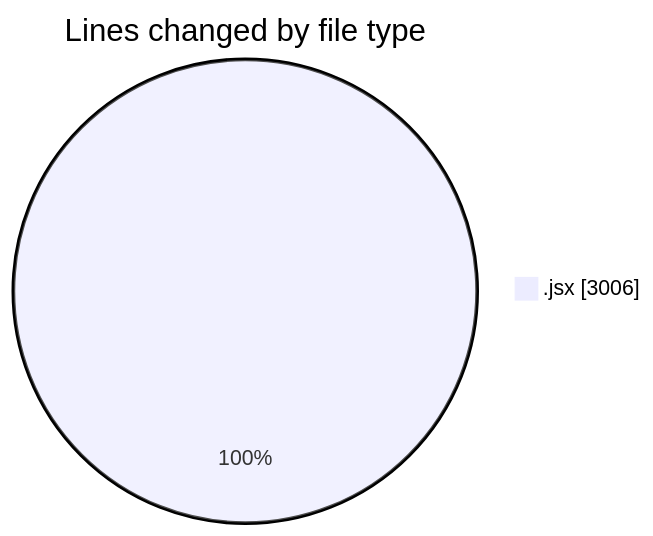
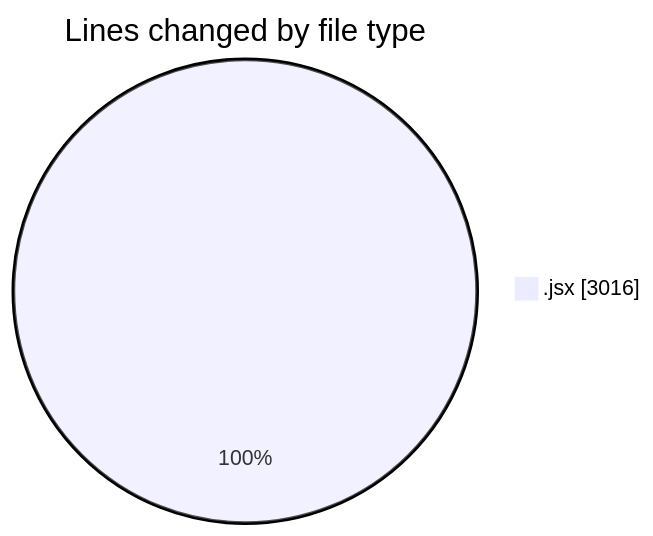
One commit to nxtqubesakshisongat/code-tracking changed the first of 2 diagrams in 2025-07-15/argos/README.md. Above: the diagram before and after it, drawn with Mermaid. The commit also changed other lines of this file and 1 other file, not shown here.

````diff
--- a/2025-07-15/argos/README.md
+++ b/2025-07-15/argos/README.md
@@ -24,5 +24,5 @@
 ```mermaid
 pie showData
 title Lines changed by file type
-".jsx" : 3006
+".jsx" : 3016
 ```
````
